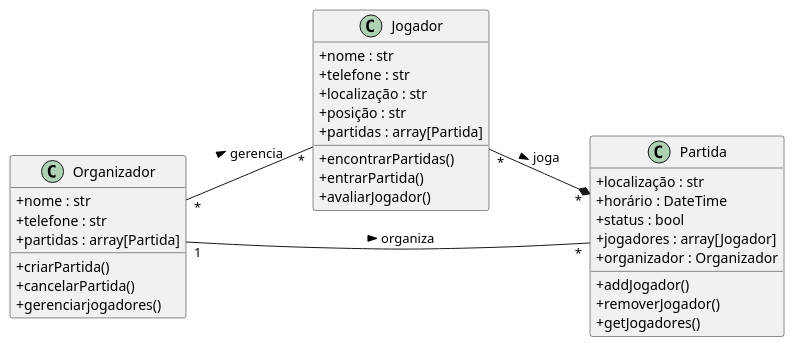
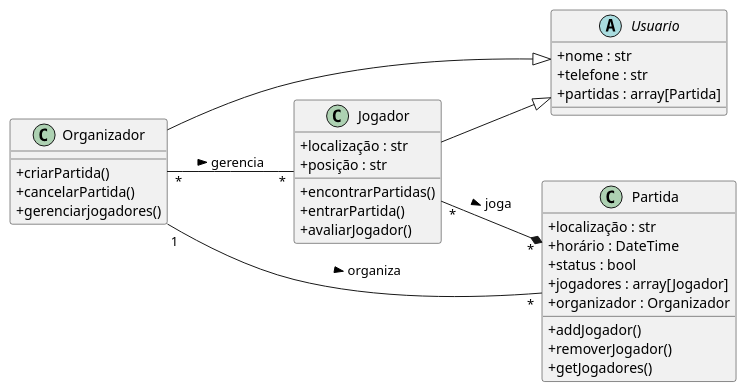
The diagram in domain model.puml (gtkacz/desenvolvimento-sistemas-ii), drawn with PlantUML before and after one commit. The commit also changed 1 other file, not shown here.

Commit message:
Creating abstract usuario class in domain model diagram

```diff
--- a/domain model.puml
+++ b/domain model.puml
@@ -1,39 +1,41 @@
 @startuml domainmodel
     left to right direction
     skinparam classAttributeIconSize 0
 
-    class Jogador {
+    abstract class Usuario {
         +nome : str
         +telefone : str
+        +partidas : array[Partida]
+    }
+
+    class Jogador {
         +localização : str
         +posição : str
-        +partidas : array[Partida]
         +encontrarPartidas()
         +entrarPartida()
         +avaliarJogador()
     }
 
     class Organizador {
-        +nome : str
-        +telefone : str
-        +partidas : array[Partida]
         +criarPartida()
         +cancelarPartida()
         +gerenciarjogadores()
     }
 
     class Partida {
         +localização : str
         +horário : DateTime
         +status : bool
         +jogadores : array[Jogador]
         +organizador : Organizador
         +addJogador()
         +removerJogador()
         +getJogadores()
     }
 
+    Organizador --|> Usuario
+    Jogador --|> Usuario
     Jogador "*" --* "*" Partida : joga >
     Organizador "1" -- "*" Partida : organiza >
     Organizador "*" -- "*" Jogador : gerencia >
 @enduml
```
